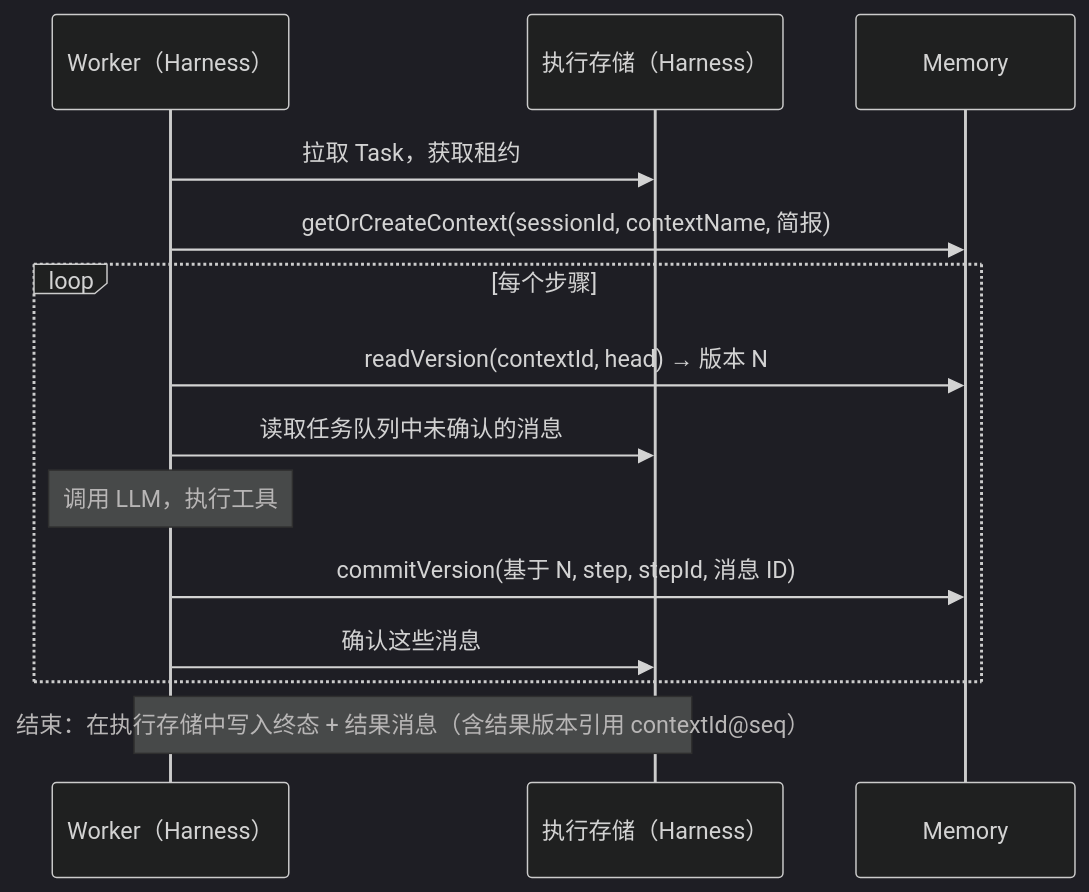
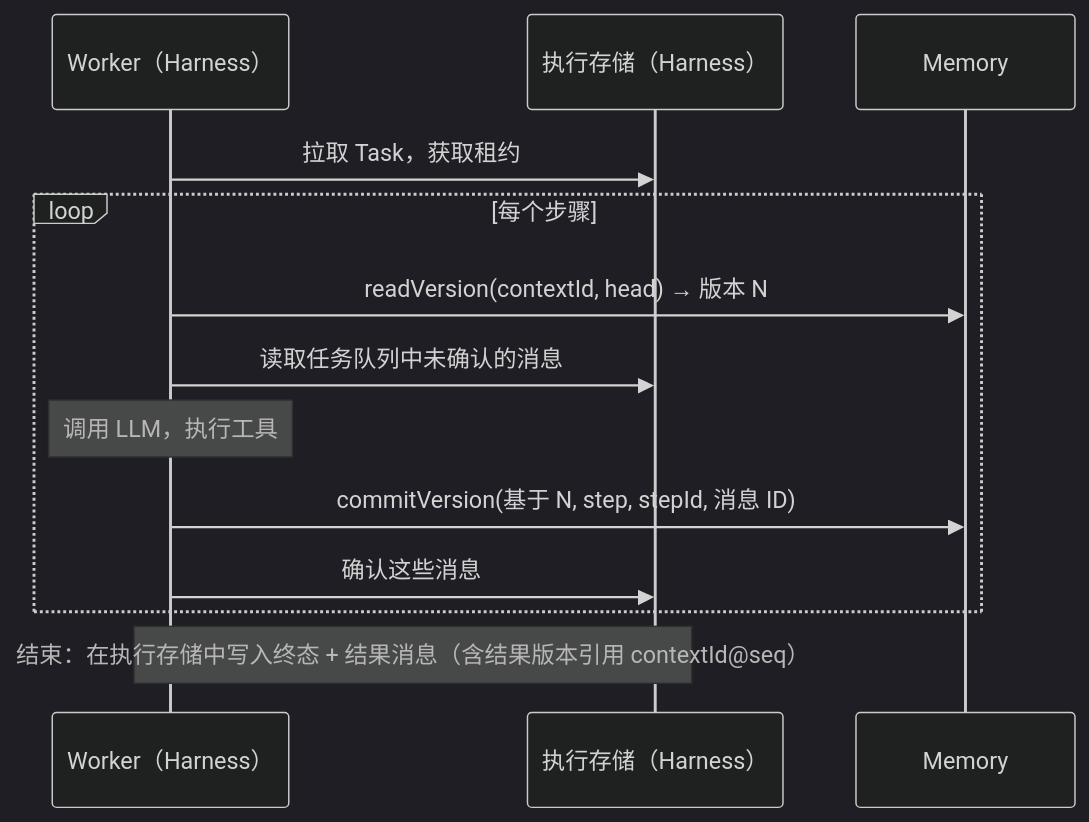
Before and after one commit to langsfang/ga: the second of 2 diagrams in docs/integration-protocol.md, drawn with Mermaid (dark theme). The commit also changed other lines of this file and 5 other files, not shown here.

````diff
--- a/docs/integration-protocol.md
+++ b/docs/integration-protocol.md
@@ -139,17 +147,16 @@
 ```mermaid
 sequenceDiagram
     participant W as Worker（Harness）
     participant Q as 执行存储（Harness）
     participant M as Memory
 
     W->>Q: 拉取 Task，获取租约
-    W->>M: getOrCreateContext(sessionId, contextName, 简报)
     loop 每个步骤
         W->>M: readVersion(contextId, head) → 版本 N
         W->>Q: 读取任务队列中未确认的消息
         Note over W: 调用 LLM，执行工具
         W->>M: commitVersion(基于 N, step, stepId, 消息 ID)
         W->>Q: 确认这些消息
     end
     Note over W,Q: 结束：在执行存储中写入终态 + 结果消息（含结果版本引用 contextId@seq）
 ```
````
